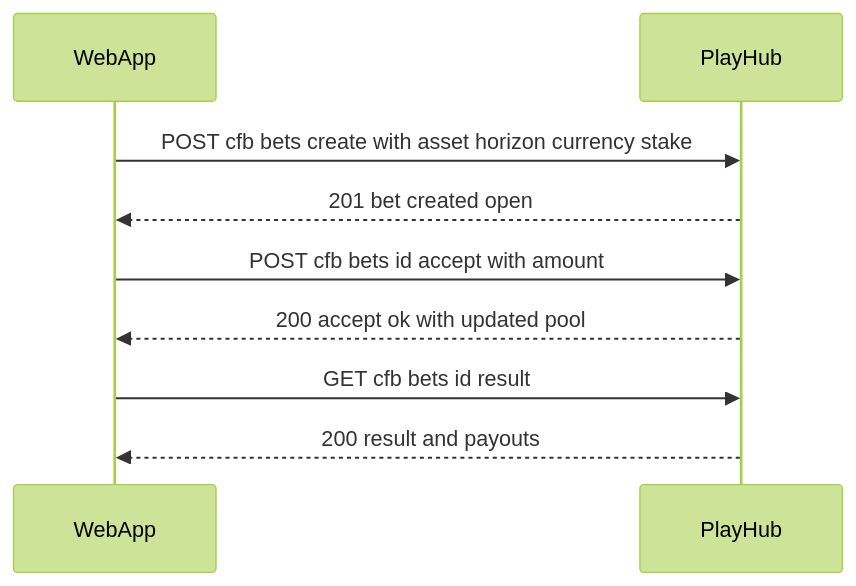
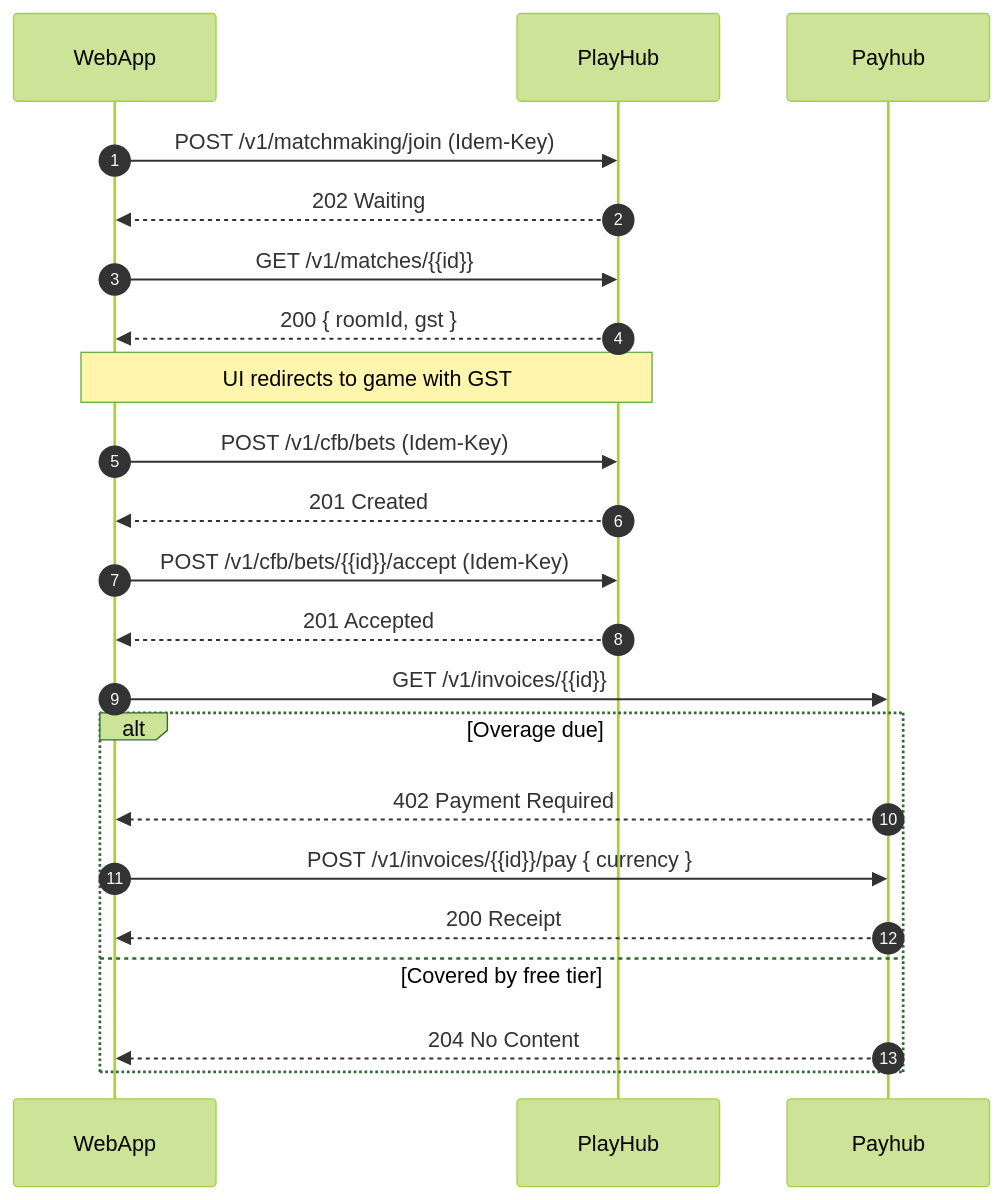
One commit to fuzeac/fuze-telegram-mini-app changed the fourth of 4 diagrams in miniapp-webapp.md. Above: the diagram before and after it, drawn with Mermaid (forest theme). The commit also changed other lines of this file, not shown here.

````diff
--- a/miniapp-webapp.md
+++ b/miniapp-webapp.md
@@ -132,11 +156,26 @@
 ```mermaid
 sequenceDiagram
-participant UI as WebApp
-participant PH as PlayHub
-UI->>PH: POST cfb bets create with asset horizon currency stake
-PH-->>UI: 201 bet created open
-UI->>PH: POST cfb bets id accept with amount
-PH-->>UI: 200 accept ok with updated pool
-UI->>PH: GET cfb bets id result
-PH-->>UI: 200 result and payouts
+  autonumber
+  participant UI as WebApp
+  participant PH as PlayHub
+  participant PAY as Payhub
+
+  UI->>PH: POST /v1/matchmaking/join (Idem-Key)
+  PH-->>UI: 202 Waiting
+  UI->>PH: GET /v1/matches/{{id}}
+  PH-->>UI: 200 { roomId, gst }
+  Note over UI,PH: UI redirects to game with GST
+
+  UI->>PH: POST /v1/cfb/bets (Idem-Key)
+  PH-->>UI: 201 Created
+  UI->>PH: POST /v1/cfb/bets/{{id}}/accept (Idem-Key)
+  PH-->>UI: 201 Accepted
+  UI->>PAY: GET /v1/invoices/{{id}}
+  alt Overage due
+    PAY-->>UI: 402 Payment Required
+    UI->>PAY: POST /v1/invoices/{{id}}/pay { currency }
+    PAY-->>UI: 200 Receipt
+  else Covered by free tier
+    PAY-->>UI: 204 No Content
+  end
 ```
````
